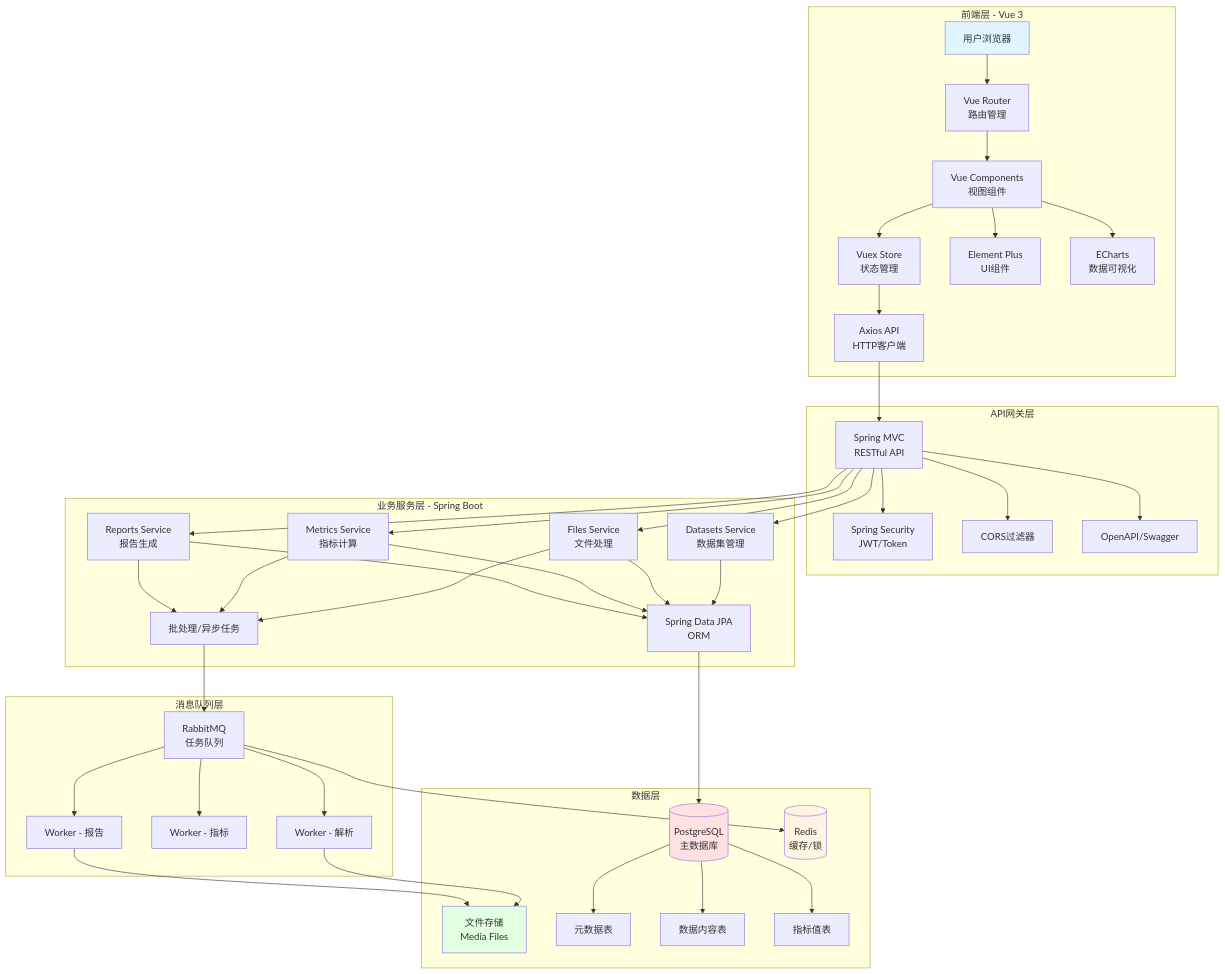
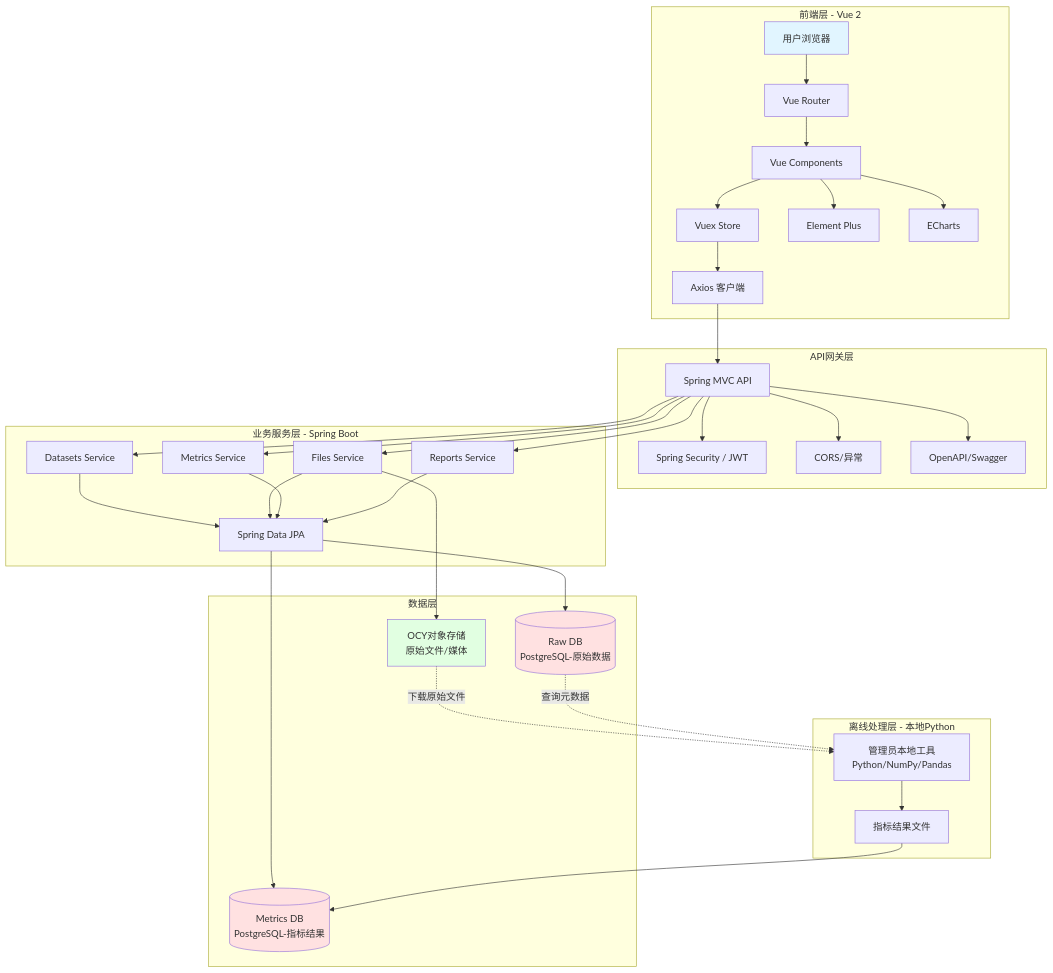
Before and after one commit to fenwickxie/data_develop_java: the first of 18 diagrams in docs/INTERACTION_LOGIC_JAVA.md, drawn with Mermaid. The commit also changed other lines of this file and 86 other files, not shown here.

````diff
--- a/docs/INTERACTION_LOGIC_JAVA.md
+++ b/docs/INTERACTION_LOGIC_JAVA.md
@@ -62,57 +82,47 @@
 ```mermaid
 graph TB
-    subgraph "前端层 - Vue 3"
-        A[用户浏览器] --> B[Vue Router<br/>路由管理]
-        B --> C[Vue Components<br/>视图组件]
-        C --> D[Vuex Store<br/>状态管理]
-        D --> E[Axios API<br/>HTTP客户端]
-        C --> F[Element Plus<br/>UI组件]
-        C --> G[ECharts<br/>数据可视化]
+    subgraph "前端层 - Vue 2"
+        A[用户浏览器] --> B[Vue Router]
+        B --> C[Vue Components]
+        C --> D[Vuex Store]
+        D --> E[Axios 客户端]
+        C --> F[Element Plus]
+        C --> G[ECharts]
     end
 
     subgraph "API网关层"
-        E --> H[Spring MVC<br/>RESTful API]
-        H --> I[Spring Security<br/>JWT/Token]
-        H --> J[CORS过滤器]
+        E --> H[Spring MVC API]
+        H --> I[Spring Security / JWT]
+        H --> J[CORS/异常]
         H --> K[OpenAPI/Swagger]
     end
 
     subgraph "业务服务层 - Spring Boot"
-        H --> L[Datasets Service<br/>数据集管理]
-        H --> M[Files Service<br/>文件处理]
-        H --> N[Metrics Service<br/>指标计算]
-        H --> O[Reports Service<br/>报告生成]
-
-        L --> P[Spring Data JPA<br/>ORM]
+        H --> L[Datasets Service]
+        H --> M[Files Service]
+        H --> N[Metrics Service]
+        H --> O[Reports Service]
+        L --> P[Spring Data JPA]
         M --> P
         N --> P
         O --> P
-
-        M --> Q[批处理/异步任务]
-        N --> Q
-        O --> Q
     end
 
-    subgraph "消息队列层"
-        Q --> R[RabbitMQ<br/>任务队列]
-        R --> S[Worker - 解析]
-        R --> T[Worker - 指标]
-        R --> U[Worker - 报告]
+    subgraph "离线处理层 - 本地Python" 
+        Y[管理员本地工具<br/>Python/NumPy/Pandas] --> YA[指标结果文件]
     end
 
     subgraph "数据层"
-        P --> V[(PostgreSQL<br/>主数据库)]
-        R --> W[(Redis<br/>缓存/锁)]
-        S --> X[文件存储<br/>Media Files]
-        U --> X
-
-        V --> V1[元数据表]
-        V --> V2[数据内容表]
-        V --> V3[指标值表]
+        P --> V[(Raw DB<br/>PostgreSQL-原始数据)]
+        P --> V2[(Metrics DB<br/>PostgreSQL-指标结果)]
+        M --> X[OCY对象存储<br/>原始文件/媒体]
+        YA --> V2
     end
 
+    X -. 下载原始文件 .-> Y
+    V -. 查询元数据 .-> Y
     style A fill:#e1f5ff
     style V fill:#ffe1e1
-    style W fill:#fff4e1
+    style V2 fill:#ffe1e1
     style X fill:#e1ffe1
 ```
````
